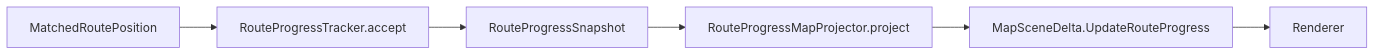
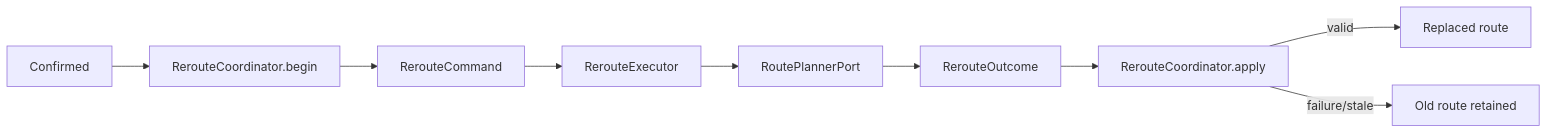
The third of 3 diagrams in docs/it/40-mappa-codice-e-stati.md (kinderp/dna), drawn with Mermaid before and after one commit. The commit also changed other lines of this file, not shown here.

Commit message:
docs: map off-route and reroute ownership

````diff
--- a/docs/it/40-mappa-codice-e-stati.md
+++ b/docs/it/40-mappa-codice-e-stati.md
@@ -176,8 +156,11 @@
 ```mermaid
 flowchart LR
-    MP[MatchedRoutePosition] --> T[RouteProgressTracker.accept]
-    T --> S[RouteProgressSnapshot]
-    S --> P[RouteProgressMapProjector.project]
-    P --> D[MapSceneDelta.UpdateRouteProgress]
-    D --> R[Renderer]
+    C[Confirmed] --> B[RerouteCoordinator.begin]
+    B --> CMD[RerouteCommand]
+    CMD --> E[RerouteExecutor]
+    E --> P[RoutePlannerPort]
+    P --> OUT[RerouteOutcome]
+    OUT --> A[RerouteCoordinator.apply]
+    A -->|valid| R[Replaced route]
+    A -->|failure/stale| OLD[Old route retained]
 ```
````
